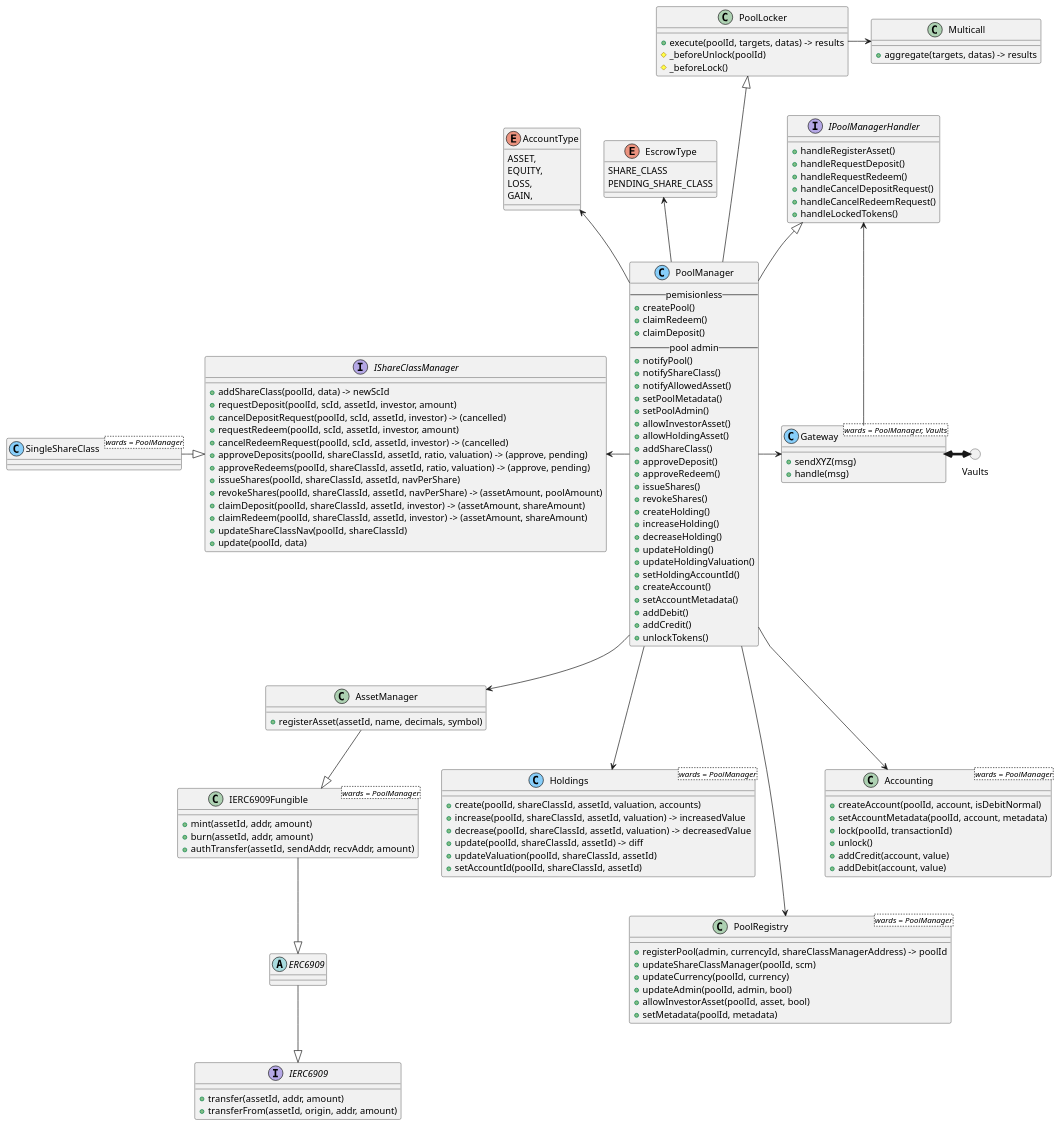
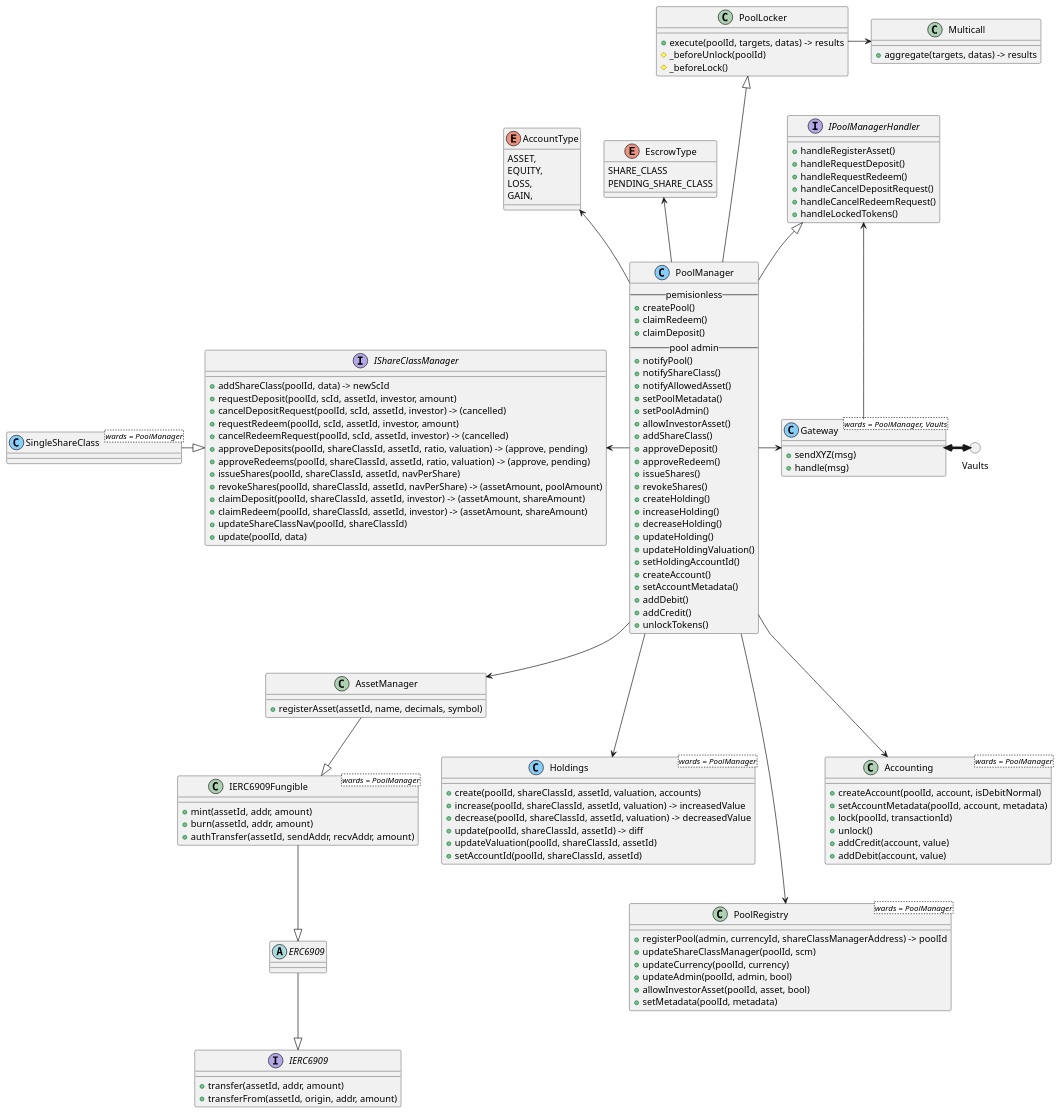
One commit to centrifuge/protocol changed the diagram in docs/contract-diagram.puml. Above: the diagram before and after it, drawn with PlantUML. The commit also changed 5 other files, not shown here.

```diff
--- a/docs/contract-diagram.puml
+++ b/docs/contract-diagram.puml
@@ -1,156 +1,155 @@
 @startuml
 circle Vaults
 
 interface IERC6909 {
     + transfer(assetId, addr, amount)
     + transferFrom(assetId, origin, addr, amount)
 }
 
 abstract ERC6909 { }
 
 ERC6909 --|> IERC6909
 
 class IERC6909Fungible<wards = PoolManager> {
     + mint(assetId, addr, amount)
     + burn(assetId, addr, amount)
     + authTransfer(assetId, sendAddr, recvAddr, amount)
 }
 
 IERC6909Fungible --|> ERC6909
 
 class AssetManager {
     + registerAsset(assetId, name, decimals, symbol)
 }
 
 AssetManager --|> IERC6909Fungible
 
 class Holdings<wards = PoolManager> <<(C, lightskyblue)>> {
     + create(poolId, shareClassId, assetId, valuation, accounts)
     + increase(poolId, shareClassId, assetId, valuation) -> increasedValue
     + decrease(poolId, shareClassId, assetId, valuation) -> decreasedValue
     + update(poolId, shareClassId, assetId) -> diff
     + updateValuation(poolId, shareClassId, assetId)
     + setAccountId(poolId, shareClassId, assetId)
 }
 
 class PoolRegistry<wards = PoolManager> {
     + registerPool(admin, currencyId, shareClassManagerAddress) -> poolId
     + updateShareClassManager(poolId, scm)
     + updateCurrency(poolId, currency)
     + updateAdmin(poolId, admin, bool)
     + allowInvestorAsset(poolId, asset, bool)
     + setMetadata(poolId, metadata)
 }
 
 interface IShareClassManager {
     + addShareClass(poolId, data) -> newScId
     + requestDeposit(poolId, scId, assetId, investor, amount)
     + cancelDepositRequest(poolId, scId, assetId, investor) -> (cancelled)
     + requestRedeem(poolId, scId, assetId, investor, amount)
     + cancelRedeemRequest(poolId, scId, assetId, investor) -> (cancelled)
     + approveDeposits(poolId, shareClassId, assetId, ratio, valuation) -> (approve, pending)
     + approveRedeems(poolId, shareClassId, assetId, ratio, valuation) -> (approve, pending)
     + issueShares(poolId, shareClassId, assetId, navPerShare)
     + revokeShares(poolId, shareClassId, assetId, navPerShare) -> (assetAmount, poolAmount)
     + claimDeposit(poolId, shareClassId, assetId, investor) -> (assetAmount, shareAmount)
     + claimRedeem(poolId, shareClassId, assetId, investor) -> (assetAmount, shareAmount)
     + updateShareClassNav(poolId, shareClassId)
     + update(poolId, data)
 }
 
 class SingleShareClass<wards = PoolManager> <<(C, lightskyblue)>>{ }
 SingleShareClass -down|> IShareClassManager
 
 class Accounting<wards = PoolManager> {
     + createAccount(poolId, account, isDebitNormal)
     + setAccountMetadata(poolId, account, metadata)
     + lock(poolId, transactionId)
     + unlock()
     + addCredit(account, value)
     + addDebit(account, value)
 }
 
 class Multicall {
     + aggregate(targets, datas) -> results
 }
 
 class PoolLocker {
     + execute(poolId, targets, datas) -> results
     # _beforeUnlock(poolId)
     # _beforeLock()
 }
 
 PoolLocker -right-> Multicall
 
 enum EscrowType {
     SHARE_CLASS
     PENDING_SHARE_CLASS
 }
 
 enum AccountType {
     ASSET,
     EQUITY,
     LOSS,
     GAIN,
 }
 
 interface IPoolManagerHandler {
     + handleRegisterAsset()
     + handleRequestDeposit()
     + handleRequestRedeem()
     + handleCancelDepositRequest()
     + handleCancelRedeemRequest()
     + handleLockedTokens()
 }
 
 class PoolManager <<(C, lightskyblue)>> {
     -- pemisionless --
     + createPool()
     + claimRedeem()
     + claimDeposit()
     -- pool admin --
     + notifyPool()
     + notifyShareClass()
     + notifyAllowedAsset()
     + setPoolMetadata()
     + setPoolAdmin()
     + allowInvestorAsset()
-    + allowHoldingAsset()
     + addShareClass()
     + approveDeposit()
     + approveRedeem()
     + issueShares()
     + revokeShares()
     + createHolding()
     + increaseHolding()
     + decreaseHolding()
     + updateHolding()
     + updateHoldingValuation()
     + setHoldingAccountId()
     + createAccount()
     + setAccountMetadata()
     + addDebit()
     + addCredit()
     + unlockTokens()
 }
 
 PoolManager -up-|> IPoolManagerHandler
 PoolManager -up--|> PoolLocker
 PoolManager -up-> EscrowType
 PoolManager -up-> AccountType
 PoolManager -down---> PoolRegistry
 PoolManager -left-> IShareClassManager
 PoolManager -down--> Accounting
 PoolManager -down-> AssetManager
 PoolManager -down--> Holdings
 PoolManager -right-> Gateway
 
 class Gateway<wards = PoolManager, Vaults> <<(C, lightskyblue)>> {
     + sendXYZ(msg)
     + handle(msg)
 }
 
 Gateway <-[thickness=4]right-> Vaults
 Gateway -up-> IPoolManagerHandler
 
 @enduml
```
